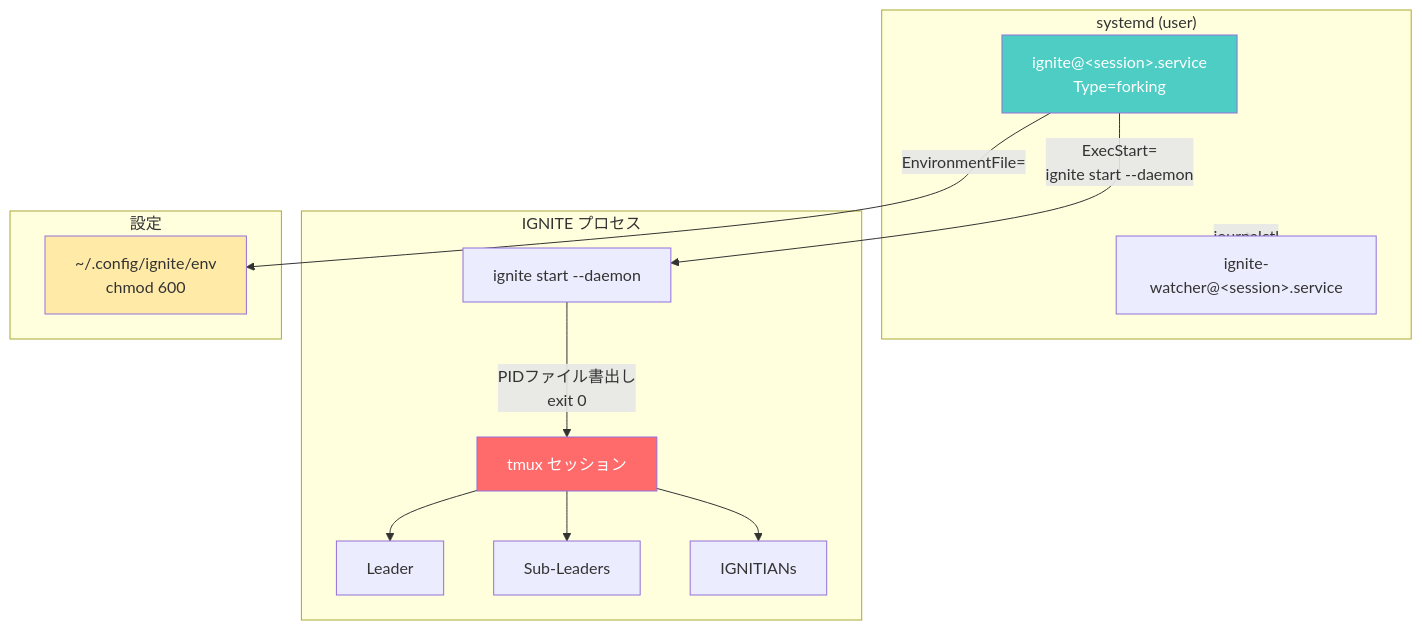
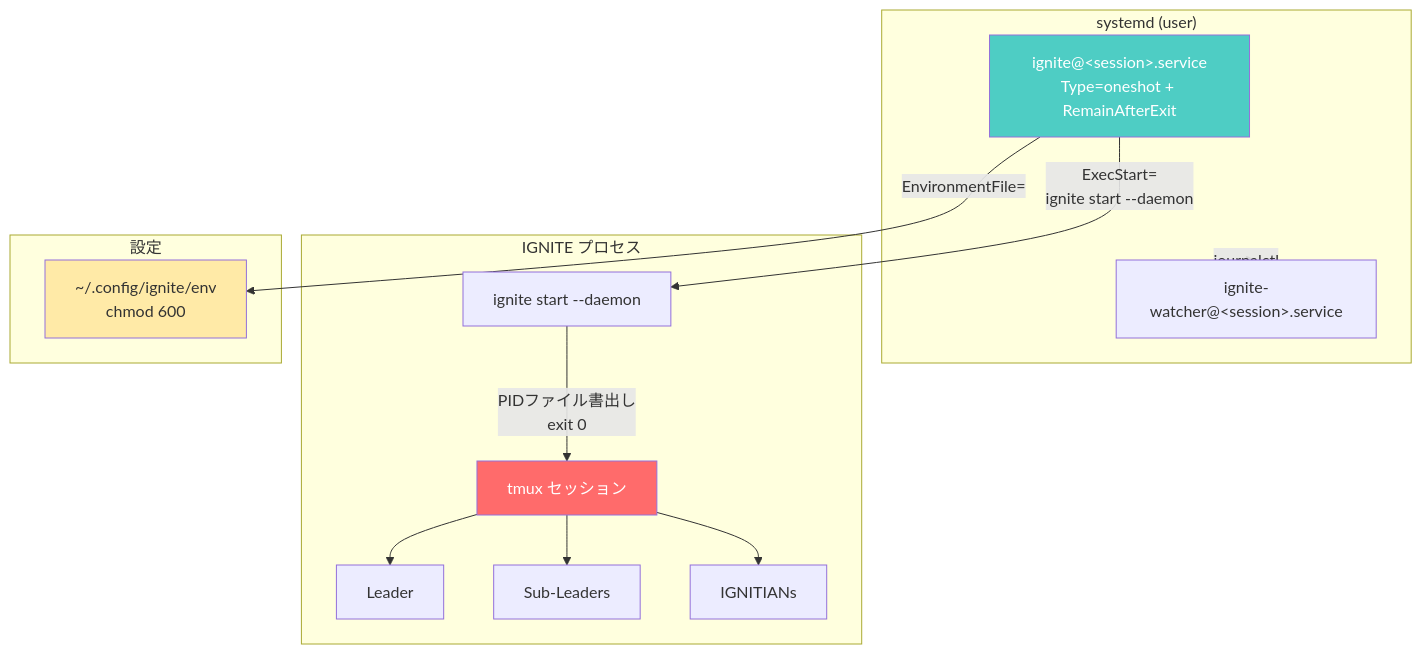
Before and after one commit to myfinder/IGNITE: the diagram in docs/service.md, drawn with Mermaid. The commit also changed other lines of this file and 5 other files, not shown here.

First line of the commit message:
feat: add systemd template unit ignite@.service

````diff
--- a/docs/service.md
+++ b/docs/service.md
@@ -20,32 +20,32 @@
 ```mermaid
 flowchart TB
     subgraph systemd["systemd (user)"]
-        Unit["ignite@&lt;session&gt;.service<br/>Type=forking"]
+        Unit["ignite@&lt;session&gt;.service<br/>Type=oneshot + RemainAfterExit"]
         Watcher["ignite-watcher@&lt;session&gt;.service"]
     end
 
     subgraph IGNITE["IGNITE プロセス"]
         Start["ignite start --daemon"]
         Tmux["tmux セッション"]
         Leader["Leader"]
         SubLeaders["Sub-Leaders"]
         IGNITIANs["IGNITIANs"]
 
         Start -->|"PIDファイル書出し<br/>exit 0"| Tmux
         Tmux --> Leader
         Tmux --> SubLeaders
         Tmux --> IGNITIANs
     end
 
     subgraph Config["設定"]
         EnvFile["~/.config/ignite/env<br/>chmod 600"]
     end
 
     Unit -->|"ExecStart=<br/>ignite start --daemon"| Start
     Unit -->|"EnvironmentFile="| EnvFile
     systemd -->|"journalctl"| Watcher
 
     style Unit fill:#4ecdc4,color:#fff
     style Tmux fill:#ff6b6b,color:#fff
     style EnvFile fill:#ffeaa7,color:#333
 ```
````
